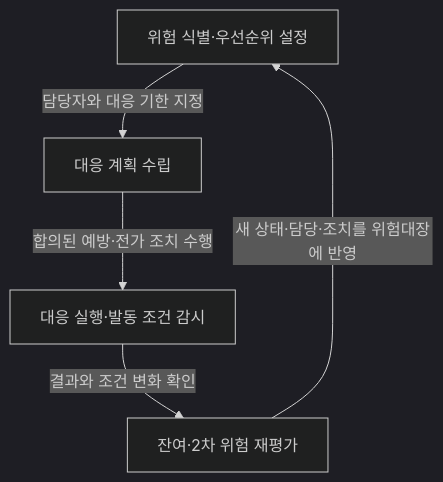
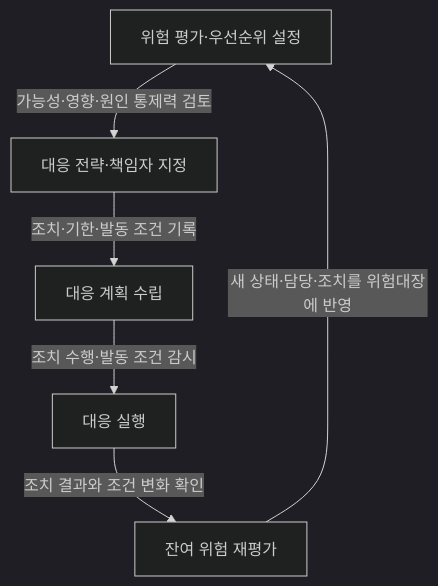
Before and after one commit to agnusdei1207/study: the diagram in src/content/docs/notes/itpe/01-it-strategy/040_negative_risk_response_strategy.md, drawn with Mermaid (dark theme). The commit also changed other lines of this file and 3 other files, not shown here.

````diff
--- a/src/content/docs/notes/itpe/01-it-strategy/040_negative_risk_response_strategy.md
+++ b/src/content/docs/notes/itpe/01-it-strategy/040_negative_risk_response_strategy.md
@@ -115,7 +108,8 @@
 ```mermaid
 flowchart TD
-    A[위험 식별·우선순위 설정] -->|담당자와 대응 기한 지정| B[대응 계획 수립]
-    B -->|합의된 예방·전가 조치 수행| C[대응 실행·발동 조건 감시]
-    C -->|결과와 조건 변화 확인| D[잔여·2차 위험 재평가]
-    D -->|새 상태·담당·조치를 위험대장에 반영| A
+    A[위험 평가·우선순위 설정] -->|가능성·영향·원인 통제력 검토| B[대응 전략·책임자 지정]
+    B -->|조치·기한·발동 조건 기록| C[대응 계획 수립]
+    C -->|조치 수행·발동 조건 감시| D[대응 실행]
+    D -->|조치 결과와 조건 변화 확인| E[잔여 위험 재평가]
+    E -->|새 상태·담당·조치를 위험대장에 반영| A
 ```
````
